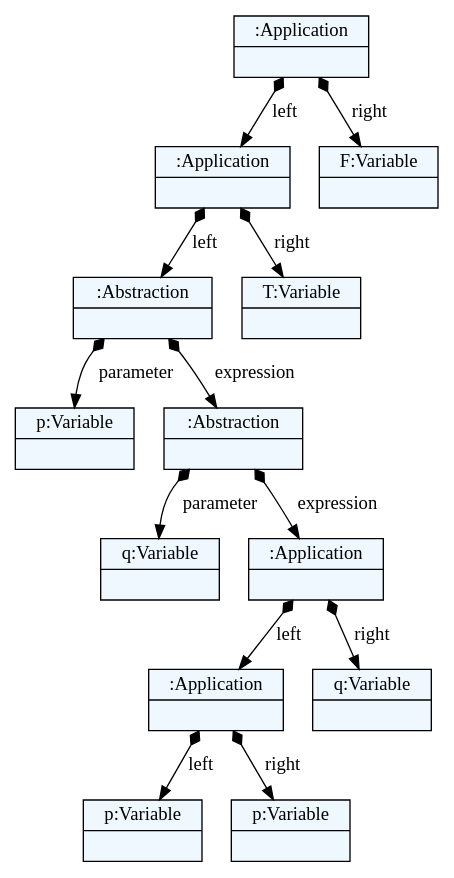
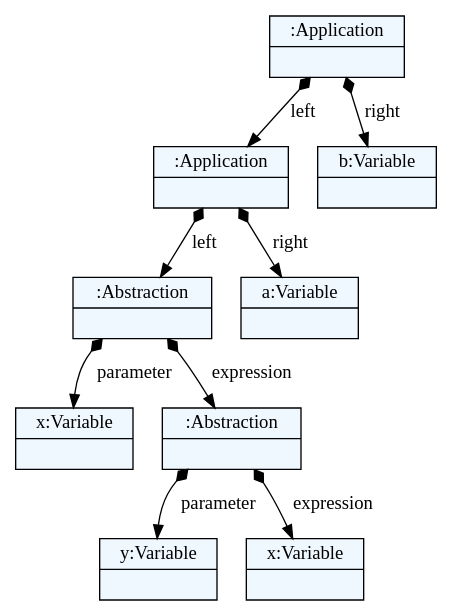
One commit to pavleglusac/lambda-calculus changed the diagram in language/models/model0.dot. Above: the diagram before and after it, drawn with Graphviz. The commit also changed 11 other files, not shown here.

```diff
--- a/language/models/model0.dot
+++ b/language/models/model0.dot
@@ -1,40 +1,32 @@
 
     digraph textX {
     fontname = "Bitstream Vera Sans"
     fontsize = 8
     node[
         shape=record,
         style=filled,
         fillcolor=aliceblue
     ]
     nodesep = 0.3
     edge[dir=black,arrowtail=empty]
 
 
-2196313705392 -> 2196313704528 [label="left" arrowtail=diamond dir=both]
-2196313704528 -> 2196313703952 [label="left" arrowtail=diamond dir=both]
-2196313703952 -> 2196304420576 [label="parameter" arrowtail=diamond dir=both]
-2196304420576[label="{p:Variable|}"]
-2196313703952 -> 2196304416928 [label="expression" arrowtail=diamond dir=both]
-2196304416928 -> 2196304418608 [label="parameter" arrowtail=diamond dir=both]
-2196304418608[label="{q:Variable|}"]
-2196304416928 -> 2196304417024 [label="expression" arrowtail=diamond dir=both]
-2196304417024 -> 2196304418560 [label="left" arrowtail=diamond dir=both]
-2196304418560 -> 2196304420720 [label="left" arrowtail=diamond dir=both]
-2196304420720[label="{p:Variable|}"]
-2196304418560 -> 2196304420624 [label="right" arrowtail=diamond dir=both]
-2196304420624[label="{p:Variable|}"]
-2196304418560[label="{:Application|}"]
-2196304417024 -> 2196304420336 [label="right" arrowtail=diamond dir=both]
-2196304420336[label="{q:Variable|}"]
-2196304417024[label="{:Application|}"]
-2196304416928[label="{:Abstraction|}"]
-2196313703952[label="{:Abstraction|}"]
-2196313704528 -> 2196313706064 [label="right" arrowtail=diamond dir=both]
-2196313706064[label="{T:Variable|}"]
-2196313704528[label="{:Application|}"]
-2196313705392 -> 2196313704432 [label="right" arrowtail=diamond dir=both]
-2196313704432[label="{F:Variable|}"]
-2196313705392[label="{:Application|}"]
+2187261569968 -> 2187261570256 [label="left" arrowtail=diamond dir=both]
+2187261570256 -> 2187261569872 [label="left" arrowtail=diamond dir=both]
+2187261569872 -> 2187261569056 [label="parameter" arrowtail=diamond dir=both]
+2187261569056[label="{x:Variable|}"]
+2187261569872 -> 2187261569296 [label="expression" arrowtail=diamond dir=both]
+2187261569296 -> 2187261569104 [label="parameter" arrowtail=diamond dir=both]
+2187261569104[label="{y:Variable|}"]
+2187261569296 -> 2187261569248 [label="expression" arrowtail=diamond dir=both]
+2187261569248[label="{x:Variable|}"]
+2187261569296[label="{:Abstraction|}"]
+2187261569872[label="{:Abstraction|}"]
+2187261570256 -> 2187261569440 [label="right" arrowtail=diamond dir=both]
+2187261569440[label="{a:Variable|}"]
+2187261570256[label="{:Application|}"]
+2187261569968 -> 2187261567856 [label="right" arrowtail=diamond dir=both]
+2187261567856[label="{b:Variable|}"]
+2187261569968[label="{:Application|}"]
 
 }
```
